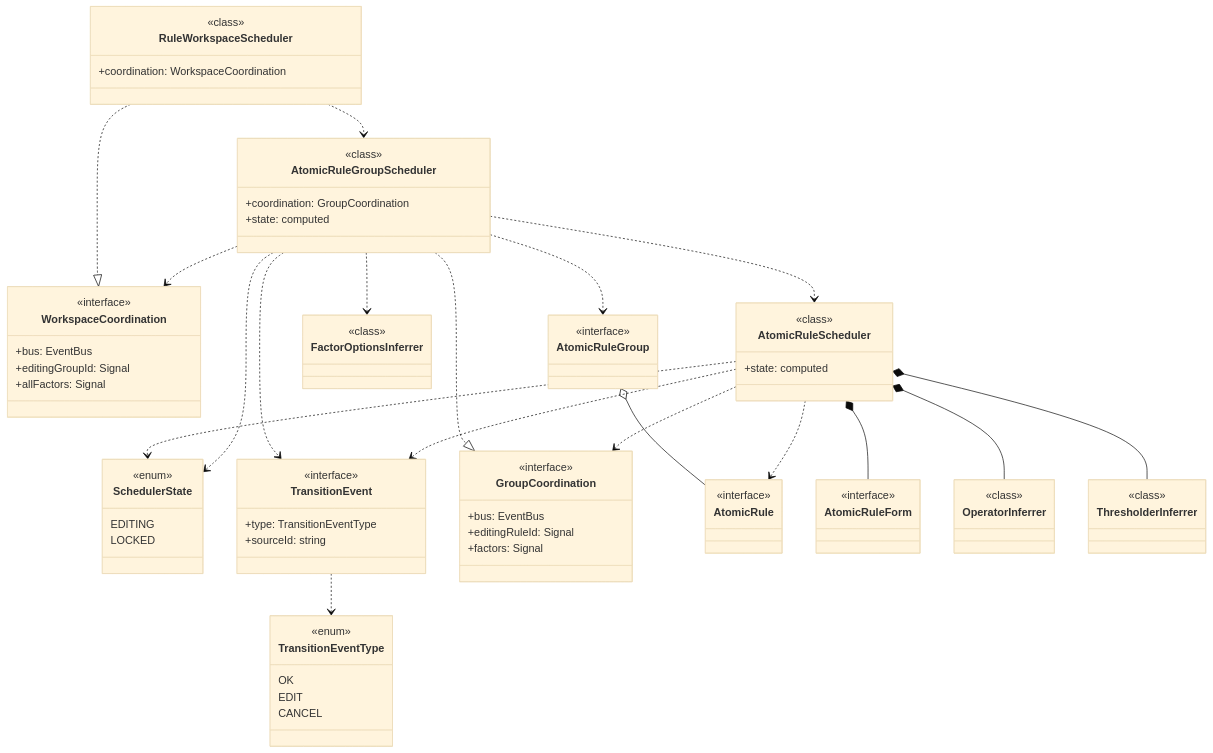
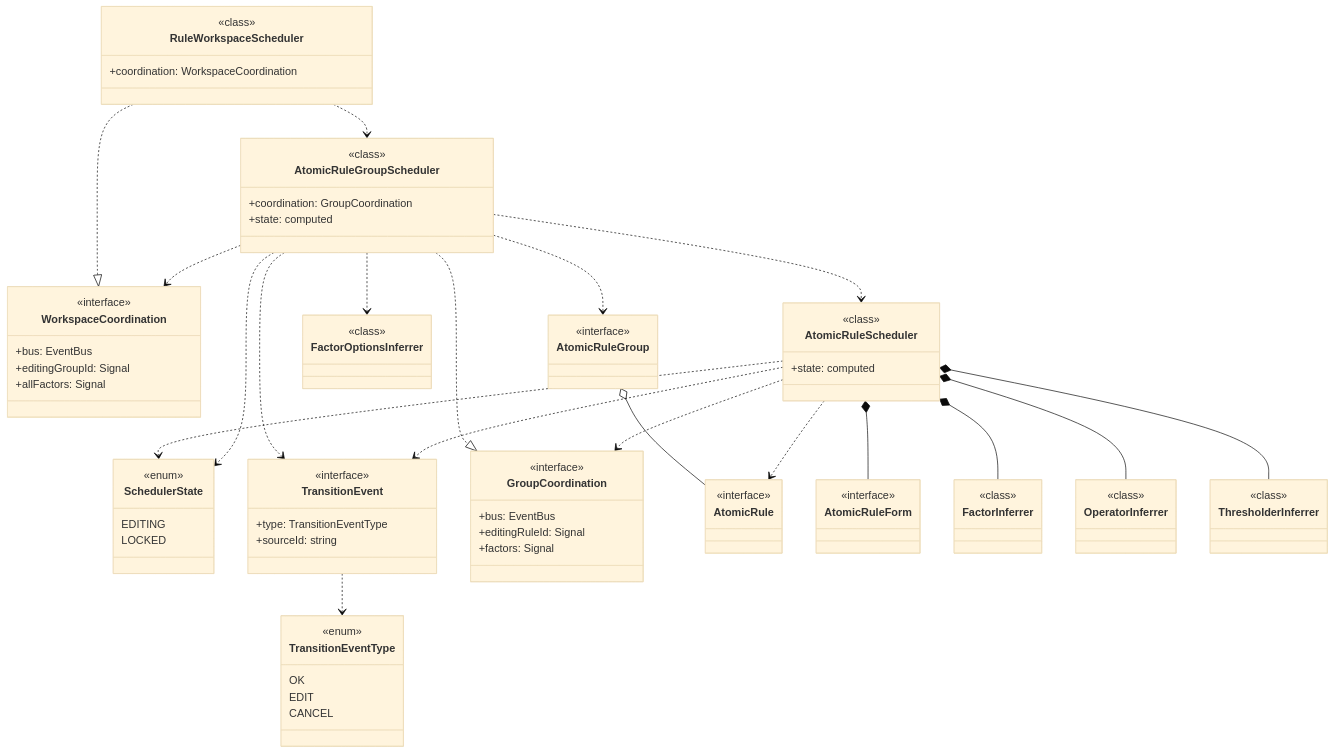
One commit to huang-xiao-jian/themis changed the diagram in specs/core/spec.md. Above: the diagram before and after it, drawn with Mermaid (base theme). The commit also changed 3 other files, not shown here.

First line of the commit message:
refactor(core): add FactorInferrer and simplify scheduler API

```diff
--- a/specs/core/spec.md
+++ b/specs/core/spec.md
@@ -116,6 +116,10 @@
     <<interface>>
   }
 
+  class FactorInferrer {
+    <<class>>
+  }
+
   class OperatorInferrer {
     <<class>>
   }
@@ -139,6 +143,7 @@
 
   %% Composition (lifecycle-bound)
   AtomicRuleScheduler *-- AtomicRuleForm
+  AtomicRuleScheduler *-- FactorInferrer
   AtomicRuleScheduler *-- OperatorInferrer
   AtomicRuleScheduler *-- ThresholderInferrer
 
```
